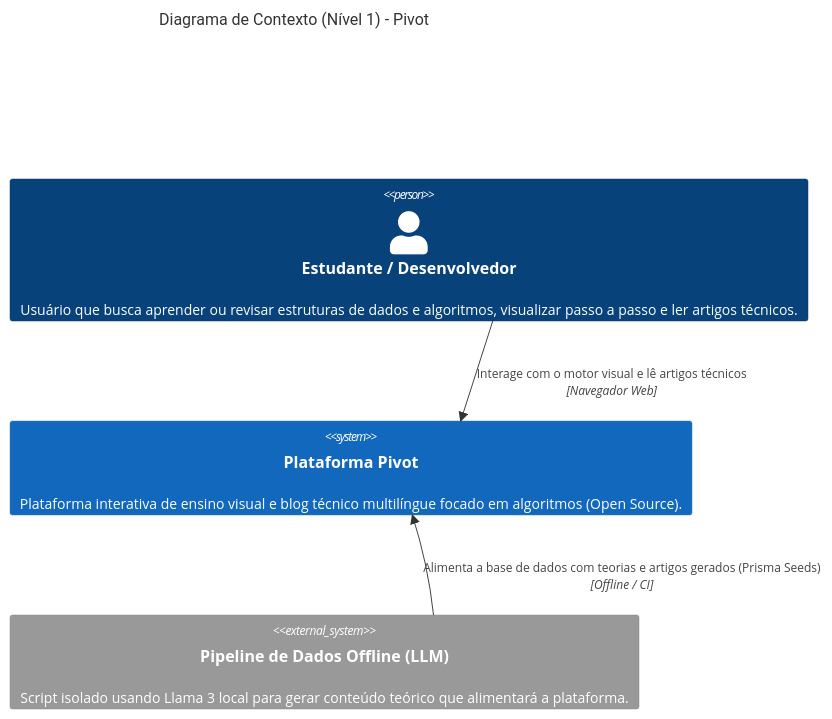
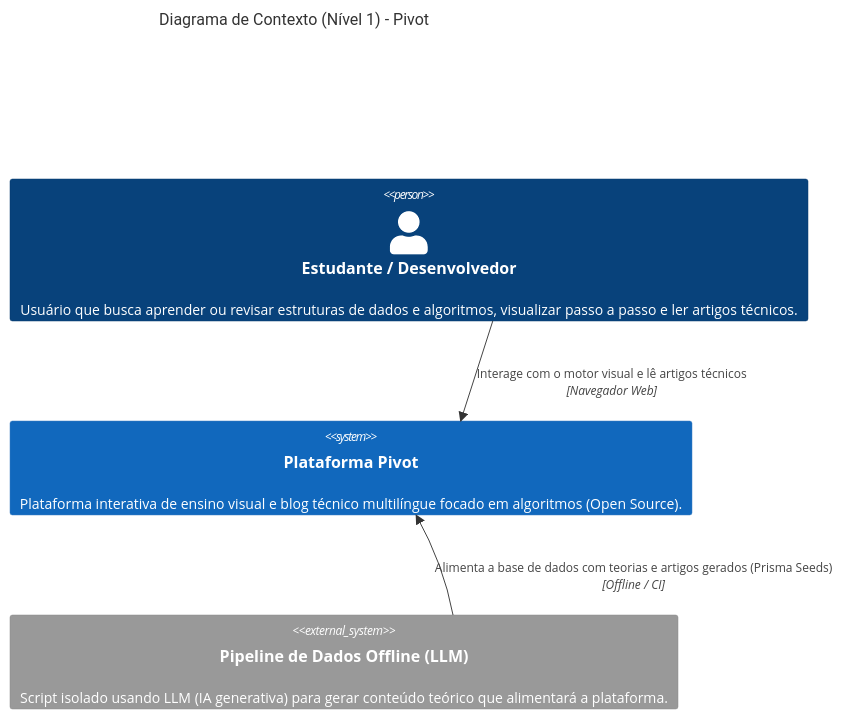
Before and after one commit to eduardo-gms/pivot: the first of 4 diagrams in docs/architecture/c4-model.md, drawn with Mermaid. The commit also changed other lines of this file and 38 other files, not shown here.

````diff
--- a/docs/architecture/c4-model.md
+++ b/docs/architecture/c4-model.md
@@ -15,13 +15,13 @@
 ```mermaid
 C4Context
     title Diagrama de Contexto (Nível 1) - Pivot
 
     Person(student, "Estudante / Desenvolvedor", "Usuário que busca aprender ou revisar estruturas de dados e algoritmos, visualizar passo a passo e ler artigos técnicos.")
     
     System(pivot, "Plataforma Pivot", "Plataforma interativa de ensino visual e blog técnico multilíngue focado em algoritmos (Open Source).")
     
-    System_Ext(offline_ai, "Pipeline de Dados Offline (LLM)", "Script isolado usando Llama 3 local para gerar conteúdo teórico que alimentará a plataforma.")
+    System_Ext(offline_ai, "Pipeline de Dados Offline (LLM)", "Script isolado usando LLM (IA generativa) para gerar conteúdo teórico que alimentará a plataforma.")
 
     Rel(student, pivot, "Interage com o motor visual e lê artigos técnicos", "Navegador Web")
     Rel(offline_ai, pivot, "Alimenta a base de dados com teorias e artigos gerados (Prisma Seeds)", "Offline / CI")
 ```
````
